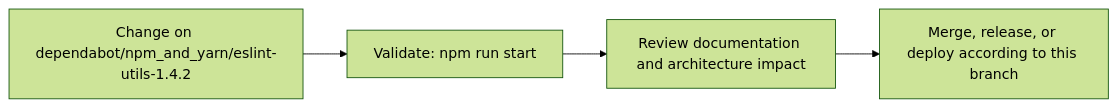
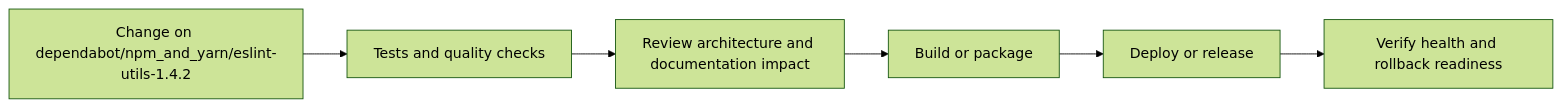
Before and after one commit to Nischhalsubba/wp_Theme_Ronal: the fourth of 5 diagrams in README.md, drawn with Mermaid (forest theme). The commit also changed other lines of this file, not shown here.

````diff
--- a/README.md
+++ b/README.md
@@ -69,8 +145,8 @@
 ```mermaid
 flowchart LR
-    CHANGE["Change on dependabot/npm_and_yarn/eslint-utils-1.4.2"]
-    CHECK["Validate: npm run start"]
-    REVIEW["Review documentation and architecture impact"]
-    RELEASE["Merge, release, or deploy according to this branch"]
-    CHANGE --> CHECK --> REVIEW --> RELEASE
+    CHANGE["Change on dependabot/npm_and_yarn/eslint-utils-1.4.2"] --> CHECK["Tests and quality checks"]
+    CHECK --> REVIEW["Review architecture and documentation impact"]
+    REVIEW --> BUILD["Build or package"]
+    BUILD --> DEPLOY["Deploy or release"]
+    DEPLOY --> VERIFY["Verify health and rollback readiness"]
 ```
````
